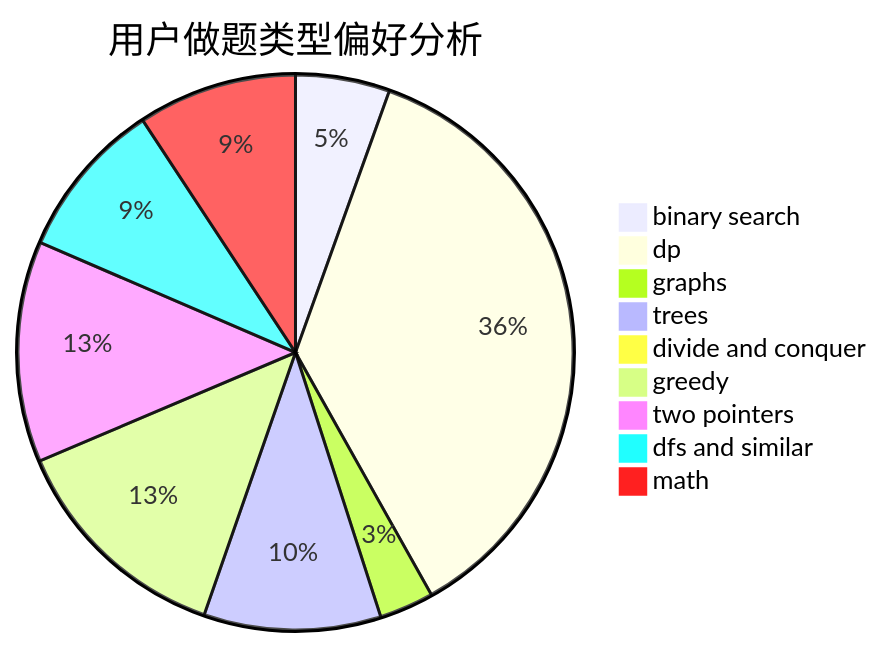
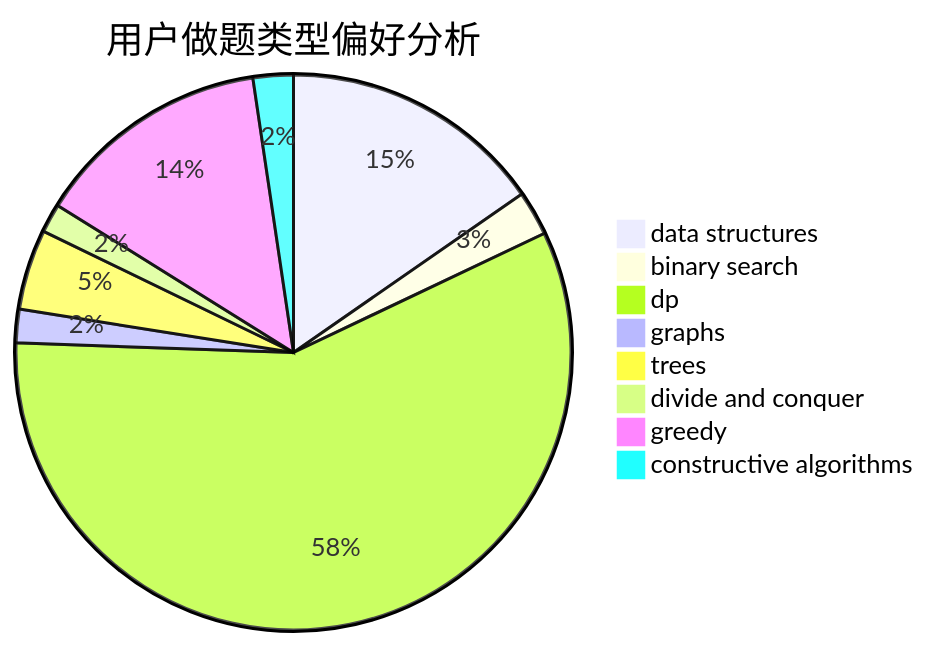
Before and after one commit to sherpahu/cfrs.github.io: the second of 3 diagrams in docs/user/u2147.md, drawn with Mermaid. The commit also changed other lines of this file and 2775 other files, not shown here.

````diff
--- a/docs/user/u2147.md
+++ b/docs/user/u2147.md
@@ -23,12 +23,11 @@
 ```mermaid
 pie title 用户做题类型偏好分析
-    "binary search" :  90
-    "dp" :  597
-    "graphs" :  52
-    "trees" :  169
-    "divide and conquer" :  15
-    "greedy" :  218
-    "two pointers" :  211
-    "dfs and similar" :  152
-    "math" :  152
+    "data structures" :  118
+    "binary search" :  20
+    "dp" :  443
+    "graphs" :  15
+    "trees" :  36
+    "divide and conquer" :  13
+    "greedy" :  106
+    "constructive algorithms" :  18
 ```
````
